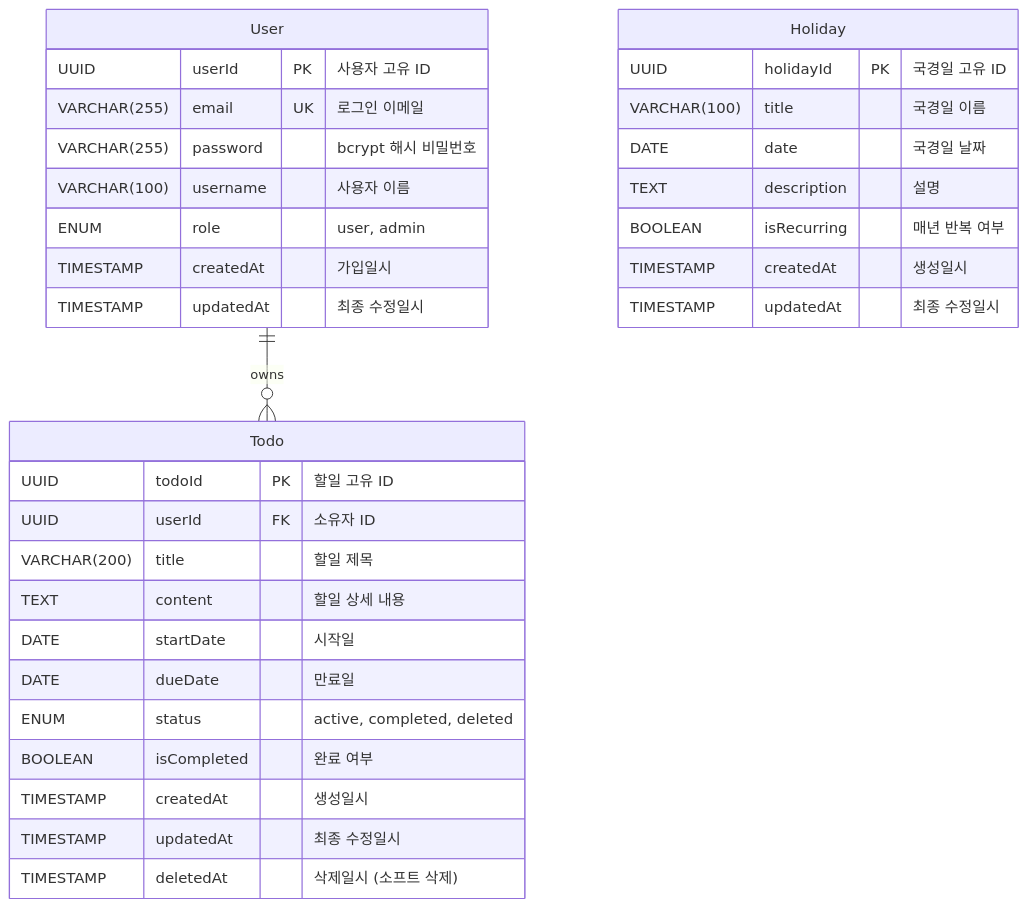
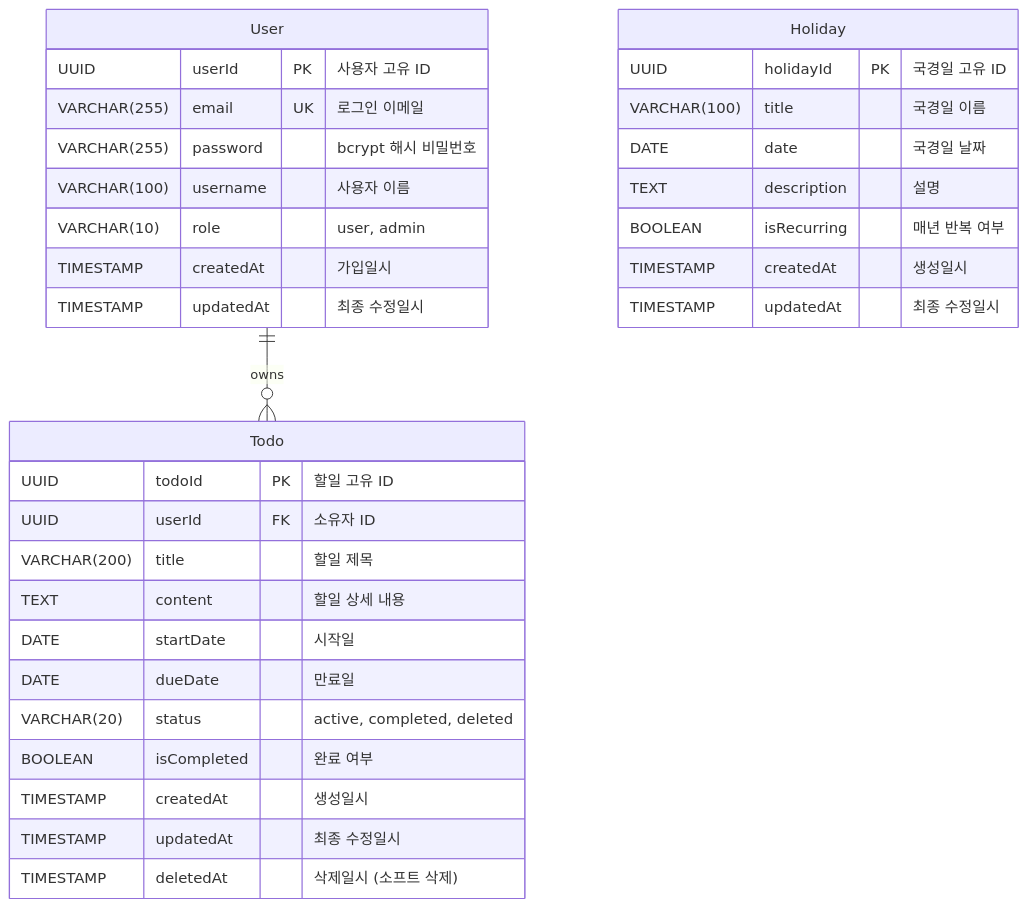
One commit to zecool/pkt-todolist changed the diagram in docs/6-erd.md. Above: the diagram before and after it, drawn with Mermaid. The commit also changed other lines of this file and 2 other files, not shown here.

````diff
--- a/docs/6-erd.md
+++ b/docs/6-erd.md
@@ -64,38 +64,38 @@
 ```mermaid
 erDiagram
     User ||--o{ Todo : "owns"
 
     User {
         UUID userId PK "사용자 고유 ID"
         VARCHAR(255) email UK "로그인 이메일"
         VARCHAR(255) password "bcrypt 해시 비밀번호"
         VARCHAR(100) username "사용자 이름"
-        ENUM role "user, admin"
+        VARCHAR(10) role "user, admin"
         TIMESTAMP createdAt "가입일시"
         TIMESTAMP updatedAt "최종 수정일시"
     }
 
     Todo {
         UUID todoId PK "할일 고유 ID"
         UUID userId FK "소유자 ID"
         VARCHAR(200) title "할일 제목"
         TEXT content "할일 상세 내용"
         DATE startDate "시작일"
         DATE dueDate "만료일"
-        ENUM status "active, completed, deleted"
+        VARCHAR(20) status "active, completed, deleted"
         BOOLEAN isCompleted "완료 여부"
         TIMESTAMP createdAt "생성일시"
         TIMESTAMP updatedAt "최종 수정일시"
         TIMESTAMP deletedAt "삭제일시 (소프트 삭제)"
     }
 
     Holiday {
         UUID holidayId PK "국경일 고유 ID"
         VARCHAR(100) title "국경일 이름"
         DATE date "국경일 날짜"
         TEXT description "설명"
         BOOLEAN isRecurring "매년 반복 여부"
         TIMESTAMP createdAt "생성일시"
         TIMESTAMP updatedAt "최종 수정일시"
     }
 ```
````
